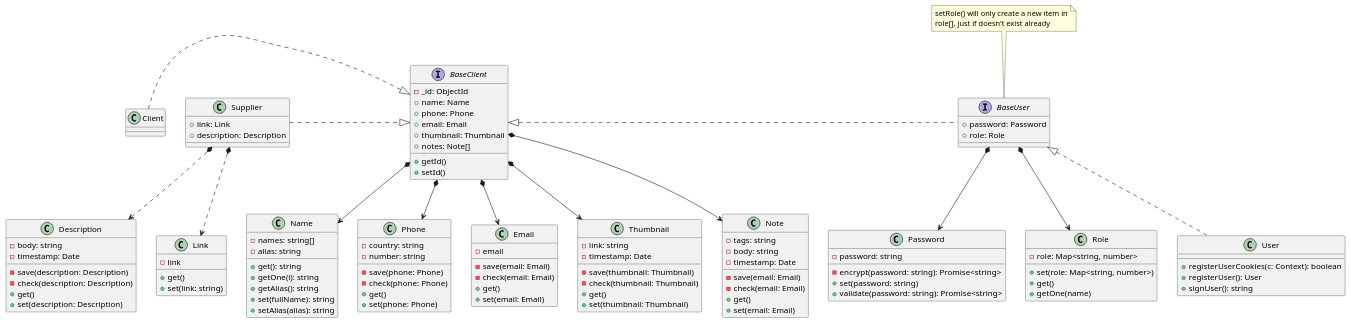
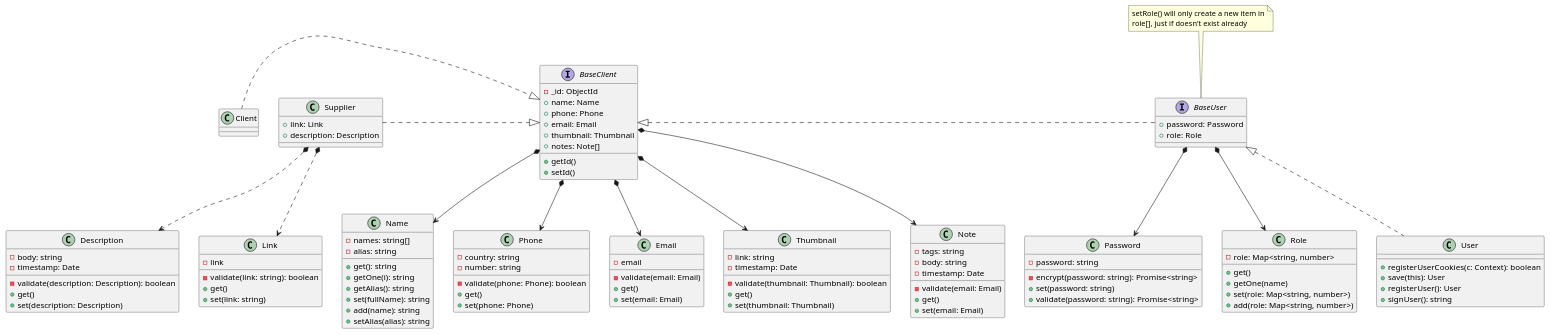
Before and after one commit to Chiqui1234ok/lions-app: the diagram in back/uml/User.puml, drawn with PlantUML.

Commit message:
changed 'check' methods for 'validate'. Removed save() methods, this will be handled by User class.

```diff
--- a/back/uml/User.puml
+++ b/back/uml/User.puml
@@ -1,139 +1,138 @@
 @startuml
 
 interface BaseClient {
     - _id: ObjectId
     + name: Name
     + phone: Phone
     + email: Email
     + thumbnail: Thumbnail
     + notes: Note[]
     + getId()
     + setId()
 }
 
 ' interface BaseUser extends BaseClient
 interface BaseUser {
     + password: Password
     + role: Role
 }
 
 ' class Client implements BaseClient
 class Client {
 
 }
 
 ' class User implements BaseUser
 class User {
     + registerUserCookies(c: Context): boolean
+    + save(this): User
     + registerUser(): User
     + signUser(): string
 }
 
 ' class Supplier implements BaseClient
 class Supplier {
     + link: Link
     + description: Description
 }
 
 ' :: TINY OBJECTS ::
 
 class Password {
     - password: string
     - encrypt(password: string): Promise<string>
     + set(password: string)
     + validate(password: string): Promise<string>
 }
 
 class Role {
     - role: Map<string, number>
-    + set(role: Map<string, number>)
     + get()
     + getOne(name)
+    + set(role: Map<string, number>)
+    + add(role: Map<string, number>)
 }
 
 class Name {
     - names: string[]
     - alias: string
     + get(): string
     + getOne(i): string
     + getAlias(): string
     + set(fullName): string
+    + add(name): string
     + setAlias(alias): string
 }
 
 class Phone {
     - country: string
     - number: string
-    - save(phone: Phone)
-    - check(phone: Phone)
+    - validate(phone: Phone): boolean
     + get()
     + set(phone: Phone)
 }
 
 class Email {
     - email
-    - save(email: Email)
-    - check(email: Email)
+    - validate(email: Email)
     + get()
     + set(email: Email)
 }
 
 class Description {
     - body: string
     - timestamp: Date
-    - save(description: Description)
-    - check(description: Description)
+    - validate(description: Description): boolean
     + get()
     + set(description: Description)
 }
 
 class Thumbnail {
     - link: string
     - timestamp: Date
-    - save(thumbnail: Thumbnail)
-    - check(thumbnail: Thumbnail)
+    - validate(thumbnail: Thumbnail): boolean
     + get()
     + set(thumbnail: Thumbnail)
 }
 
 class Note {
     - tags: string
     - body: string
     - timestamp: Date
-    - save(email: Email)
-    - check(email: Email)
+    - validate(email: Email)
     + get()
     + set(email: Email)
 }
 
 class Link {
     - link
+    - validate(link: string): boolean
     + get()
     + set(link: string)
 }
 
 ' Inherit (interfaces). For classes,
 ' remember: ClasePadre <|-- ClaseHija
 BaseClient <|.r. BaseUser
 BaseUser <|.. User
 BaseClient <|.l. Supplier
 BaseClient <|.l. Client
 
 ' Composition
 BaseClient *--> Name
 BaseClient *--> Phone
 BaseClient *--> Email
 BaseClient *--> Thumbnail
 BaseClient *--> Note
 Supplier *..> Link
 Supplier *..> Description
 BaseUser *--> Password
 BaseUser *--> Role
 
 ' Notes
 note top of BaseUser 
 setRole() will only create a new item in
 role[], just if doesn't exist already
 endnote
 
 @enduml
```
